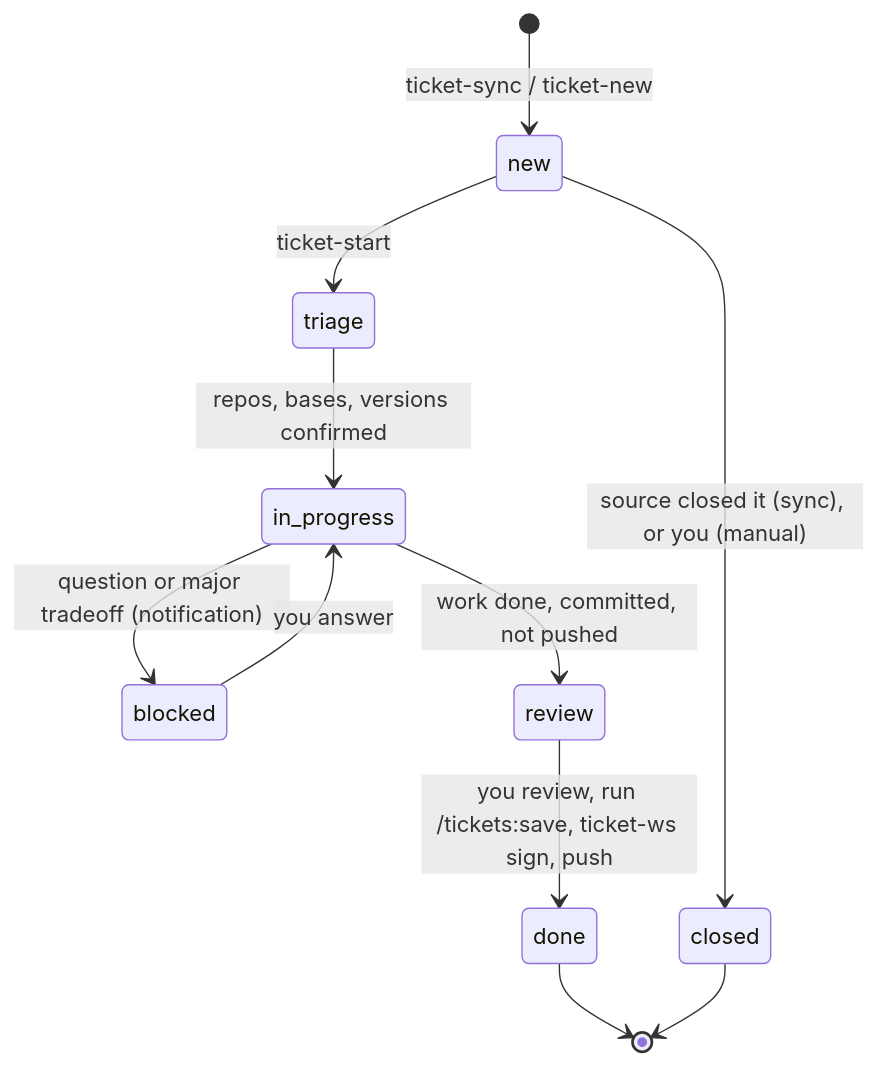
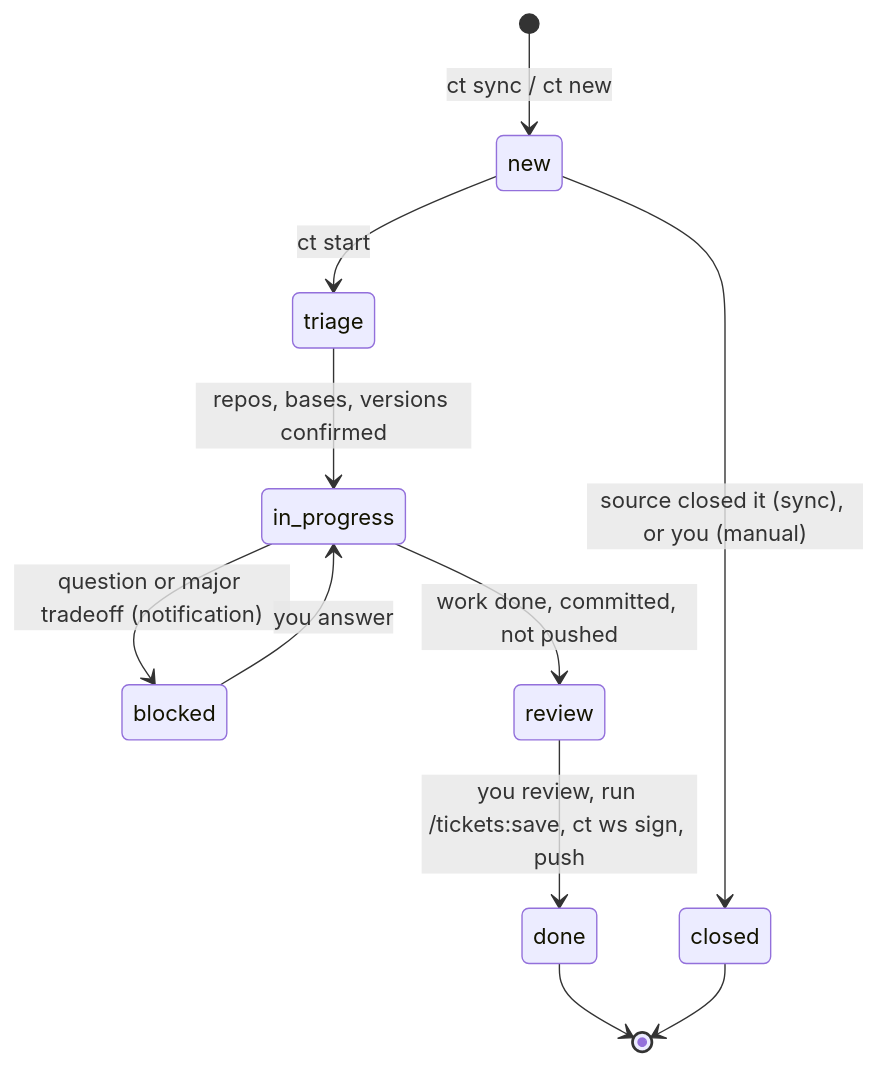
Before and after one commit to zero4573/claude-tickets: the second of 6 diagrams in README.md, drawn with Mermaid. The commit also changed other lines of this file and 57 other files, not shown here.

````diff
--- a/README.md
+++ b/README.md
@@ -267,13 +284,13 @@
 ```mermaid
 stateDiagram-v2
-  [*] --> new: ticket-sync / ticket-new
-  new --> triage: ticket-start
+  [*] --> new: ct sync / ct new
+  new --> triage: ct start
   triage --> in_progress: repos, bases, versions confirmed
   in_progress --> blocked: question or major tradeoff (notification)
   blocked --> in_progress: you answer
   in_progress --> review: work done, committed, not pushed
-  review --> done: you review, run /tickets:save, ticket-ws sign, push
+  review --> done: you review, run /tickets:save, ct ws sign, push
   new --> closed: source closed it (sync), or you (manual)
   done --> [*]
   closed --> [*]
 ```
````
